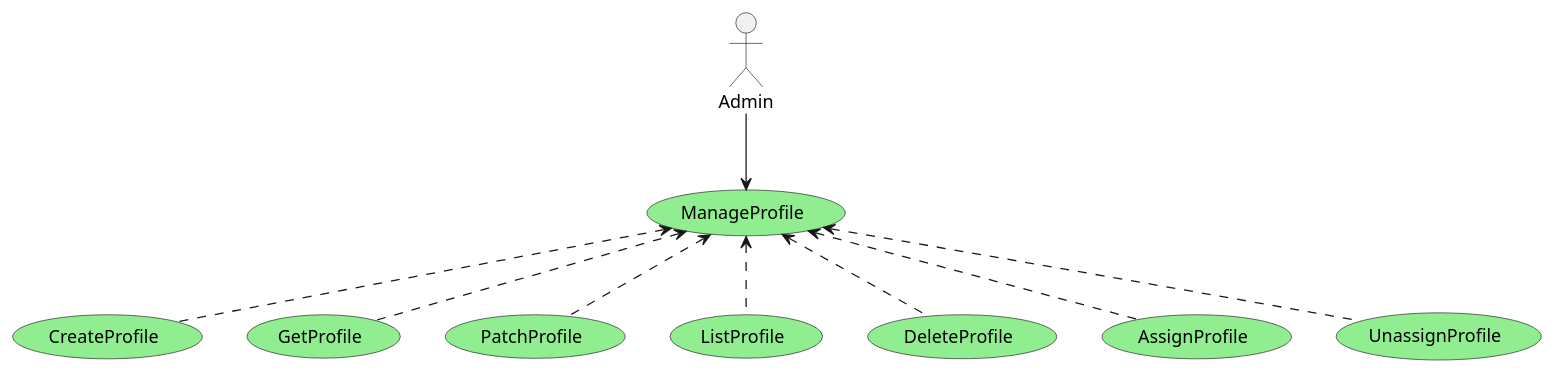
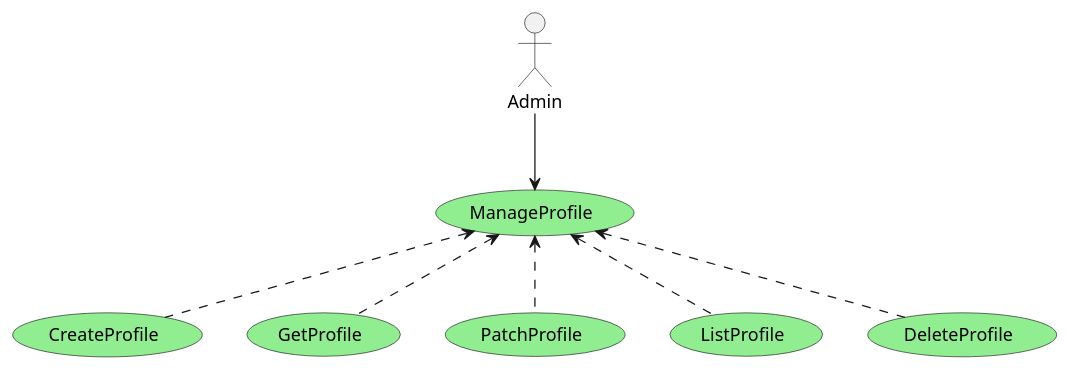
The diagram in documentation/usecase/UseCase.iam.ManageProfile.puml (zehgreven/nutri-be-ddd-ca), drawn with PlantUML before and after one commit. The commit also changed 26 other files, not shown here.

```diff
--- a/documentation/usecase/UseCase.iam.ManageProfile.puml
+++ b/documentation/usecase/UseCase.iam.ManageProfile.puml
@@ -1,23 +1,19 @@
 @startuml Use Case
 
 actor Admin
 
 usecase ManageProfile #LightGreen
 usecase CreateProfile #LightGreen
 usecase GetProfile #LightGreen
 usecase PatchProfile #LightGreen
 usecase ListProfile #LightGreen
 usecase DeleteProfile #LightGreen
-usecase AssignProfile #LightGreen
-usecase UnassignProfile #LightGreen
 
 Admin --> (ManageProfile) 
-(ManageProfile) <.d. (AssignProfile) 
-(ManageProfile) <.d. (UnassignProfile) 
 (ManageProfile) <.d. (CreateProfile) 
 (ManageProfile) <.d. (PatchProfile) 
 (ManageProfile) <.d. (DeleteProfile) 
 (ManageProfile) <.d. (ListProfile) 
 (ManageProfile) <.d. (GetProfile) 
 
 @enduml
```
